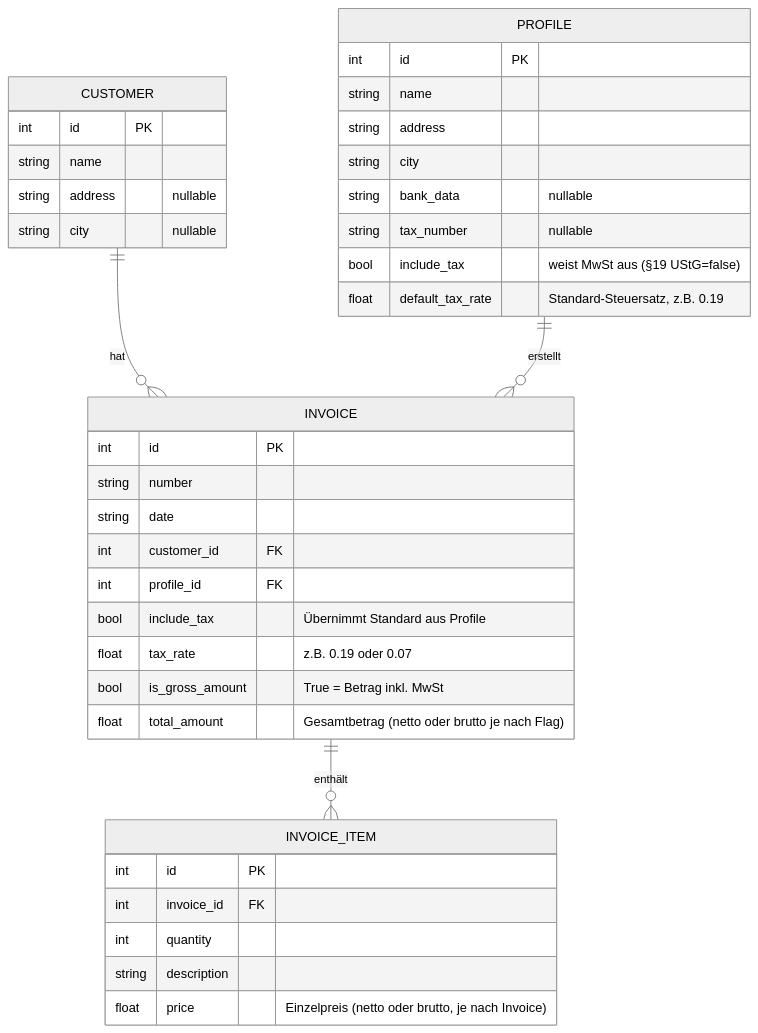
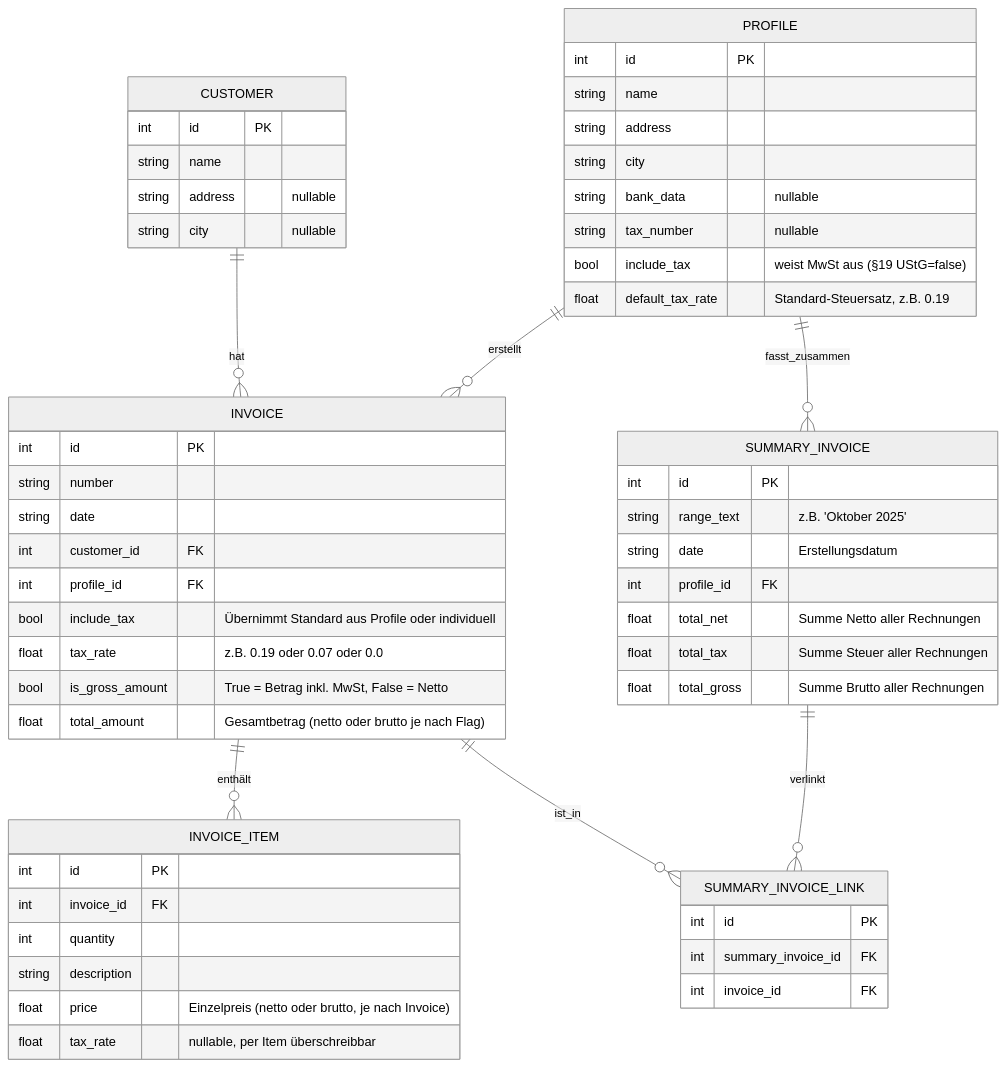
One commit to wontknow/Billino changed the diagram in README.md. Above: the diagram before and after it, drawn with Mermaid (neutral theme). The commit also changed other lines of this file and 1 other file, not shown here.

````diff
--- a/README.md
+++ b/README.md
@@ -219,45 +287,64 @@
 ```mermaid
 erDiagram
     CUSTOMER ||--o{ INVOICE : "hat"
     PROFILE  ||--o{ INVOICE : "erstellt"
     INVOICE  ||--o{ INVOICE_ITEM : "enthält"
+    PROFILE  ||--o{ SUMMARY_INVOICE : "fasst_zusammen"
+    SUMMARY_INVOICE ||--o{ SUMMARY_INVOICE_LINK : "verlinkt"
+    INVOICE ||--o{ SUMMARY_INVOICE_LINK : "ist_in"
 
     CUSTOMER {
         int id PK
         string name
         string address "nullable"
         string city "nullable"
     }
 
     PROFILE {
         int id PK
         string name
         string address
         string city
         string bank_data "nullable"
         string tax_number "nullable"
         bool include_tax "weist MwSt aus (§19 UStG=false)"
         float default_tax_rate "Standard-Steuersatz, z.B. 0.19"
     }
 
     INVOICE {
         int id PK
         string number
         string date
         int customer_id FK
         int profile_id FK
-        bool include_tax "Übernimmt Standard aus Profile"
-        float tax_rate "z.B. 0.19 oder 0.07"
-        bool is_gross_amount "True = Betrag inkl. MwSt"
+        bool include_tax "Übernimmt Standard aus Profile oder individuell"
+        float tax_rate "z.B. 0.19 oder 0.07 oder 0.0"
+        bool is_gross_amount "True = Betrag inkl. MwSt, False = Netto"
         float total_amount "Gesamtbetrag (netto oder brutto je nach Flag)"
     }
 
     INVOICE_ITEM {
         int id PK
         int invoice_id FK
         int quantity
         string description
         float price "Einzelpreis (netto oder brutto, je nach Invoice)"
+        float tax_rate "nullable, per Item überschreibbar"
     }
 
-  ```
+    SUMMARY_INVOICE {
+        int id PK
+        string range_text "z.B. 'Oktober 2025'"
+        string date "Erstellungsdatum"
+        int profile_id FK
+        float total_net "Summe Netto aller Rechnungen"
+        float total_tax "Summe Steuer aller Rechnungen"
+        float total_gross "Summe Brutto aller Rechnungen"
+    }
+
+    SUMMARY_INVOICE_LINK {
+        int id PK
+        int summary_invoice_id FK
+        int invoice_id FK
+    }
+```
````
